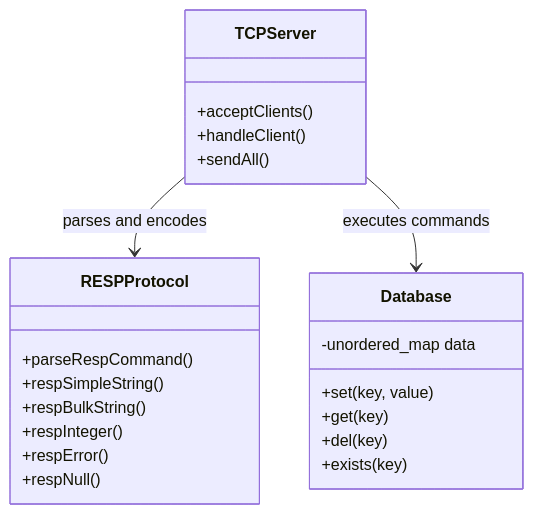
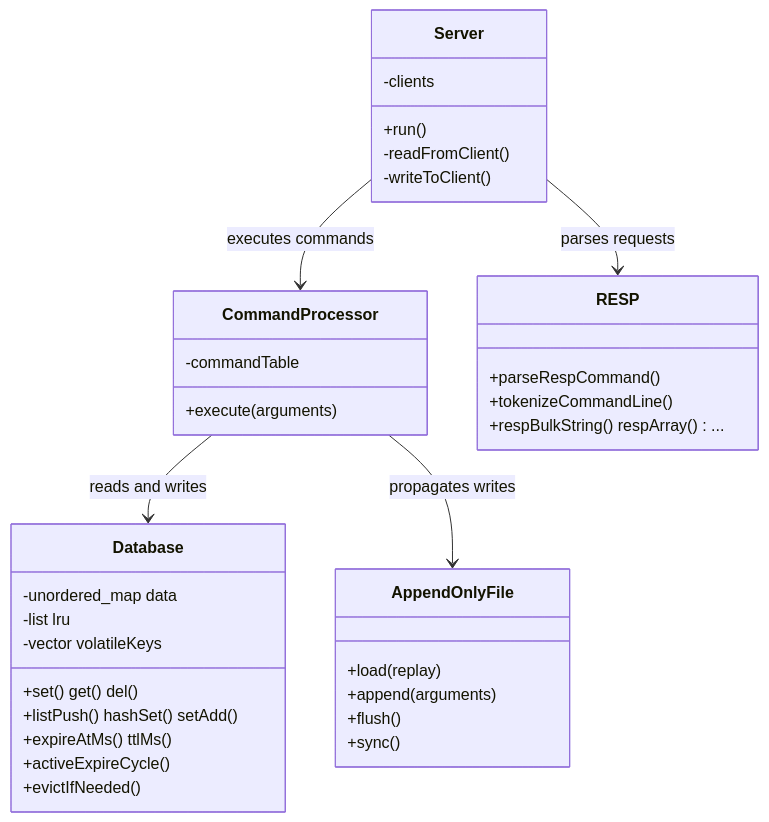
Before and after one commit to dhyanagni2001-commits/FlashKV: the diagram in README.md, drawn with Mermaid. The commit also changed other lines of this file and 23 other files, not shown here.

First line of the commit message:
Complete FlashKV roadmap and add WebAssembly playground

````diff
--- a/README.md
+++ b/README.md
@@ -43,28 +46,43 @@
 ```mermaid
 classDiagram
     class Database {
         -unordered_map data
-        +set(key, value)
-        +get(key)
-        +del(key)
-        +exists(key)
+        -list lru
+        -vector volatileKeys
+        +set() get() del()
+        +listPush() hashSet() setAdd()
+        +expireAtMs() ttlMs()
+        +activeExpireCycle()
+        +evictIfNeeded()
     }
 
-    class TCPServer {
-        +acceptClients()
-        +handleClient()
-        +sendAll()
+    class CommandProcessor {
+        -commandTable
+        +execute(arguments)
     }
 
-    class RESPProtocol {
-        +parseRespCommand()
-        +respSimpleString()
-        +respBulkString()
-        +respInteger()
-        +respError()
-        +respNull()
+    class AppendOnlyFile {
+        +load(replay)
+        +append(arguments)
+        +flush()
+        +sync()
     }
 
-    TCPServer --> RESPProtocol : parses and encodes
-    TCPServer --> Database : executes commands
+    class Server {
+        -clients
+        +run()
+        -readFromClient()
+        -writeToClient()
+    }
+
+    class RESP {
+        +parseRespCommand()
+        +tokenizeCommandLine()
+        +respBulkString() respArray() ...
+    }
+
+    Server --> RESP : parses requests
+    Server --> CommandProcessor : executes commands
+    CommandProcessor --> Database : reads and writes
+    CommandProcessor --> AppendOnlyFile : propagates writes
 ```
````
